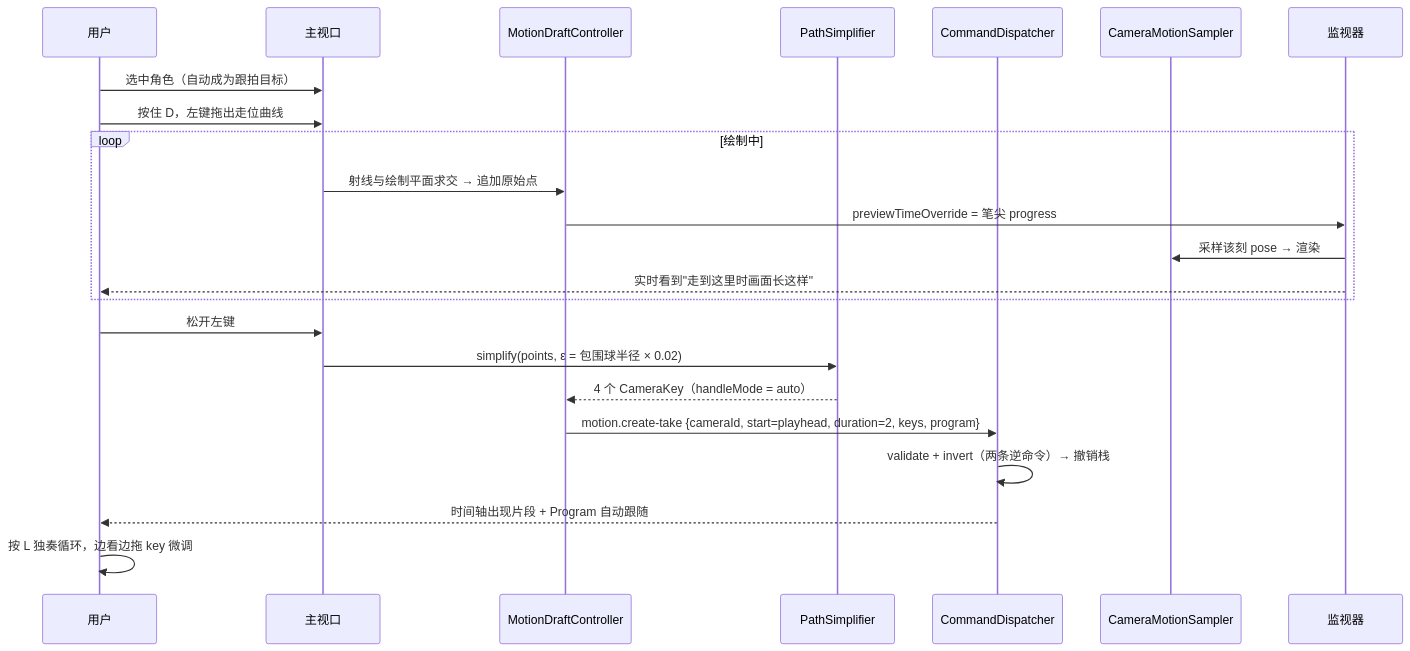
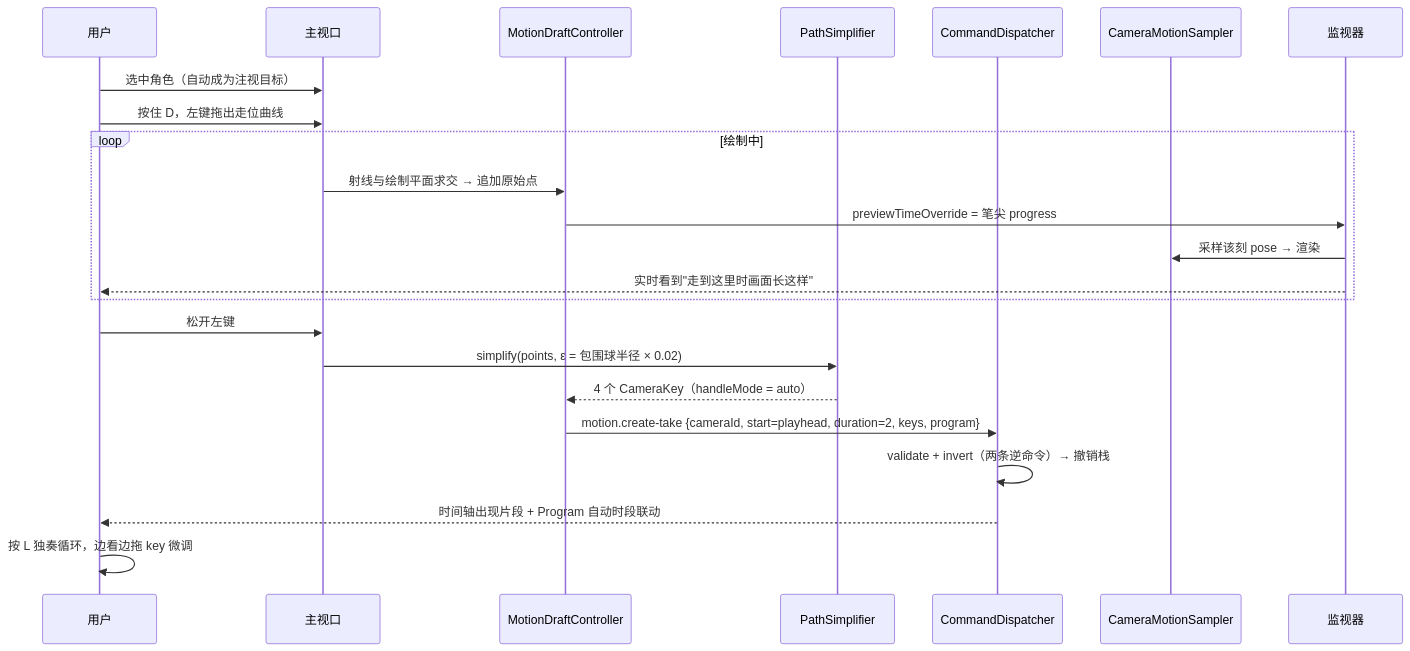
One commit to amwyygyuge/3d-director-desk changed the third of 3 diagrams in docs/camera-motion-drafting.md. Above: the diagram before and after it, drawn with Mermaid. The commit also changed other lines of this file and 5 other files, not shown here.

````diff
--- a/docs/camera-motion-drafting.md
+++ b/docs/camera-motion-drafting.md
@@ -272,26 +272,26 @@
 ```mermaid
 sequenceDiagram
     participant U as 用户
     participant VP as 主视口
     participant DC as MotionDraftController
     participant PS as PathSimplifier
     participant D as CommandDispatcher
     participant MS as CameraMotionSampler
     participant MON as 监视器
 
-    U->>VP: 选中角色（自动成为跟拍目标）
+    U->>VP: 选中角色（自动成为注视目标）
     U->>VP: 按住 D，左键拖出走位曲线
     loop 绘制中
         VP->>DC: 射线与绘制平面求交 → 追加原始点
         DC->>MON: previewTimeOverride = 笔尖 progress
         MON->>MS: 采样该刻 pose → 渲染
         MON-->>U: 实时看到"走到这里时画面长这样"
     end
     U->>VP: 松开左键
     VP->>PS: simplify(points, ε = 包围球半径 × 0.02)
     PS-->>DC: 4 个 CameraKey（handleMode = auto）
     DC->>D: motion.create-take {cameraId, start=playhead, duration=2, keys, program}
     D->>D: validate + invert（两条逆命令）→ 撤销栈
-    D-->>U: 时间轴出现片段 + Program 自动跟随
+    D-->>U: 时间轴出现片段 + Program 自动时段联动
     U->>U: 按 L 独奏循环，边看边拖 key 微调
 ```
````
